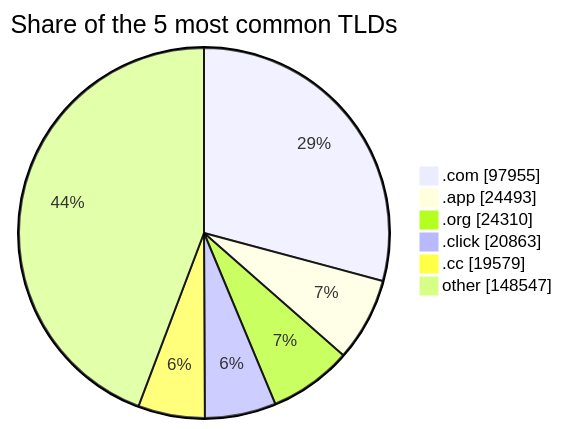
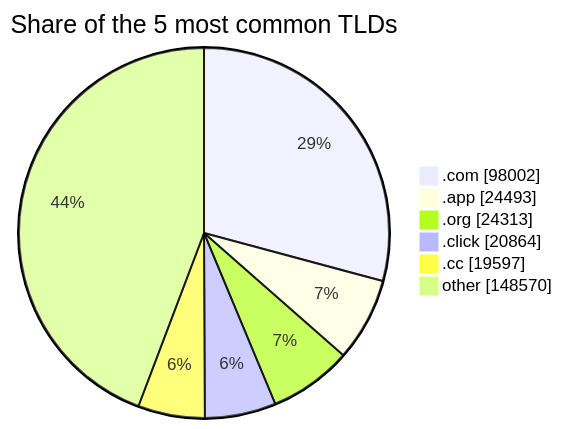
The third of 3 diagrams in README.md (DNSBunker/CTI), drawn with Mermaid before and after one commit. The commit also changed other lines of this file and 3 other files, not shown here.

````diff
--- a/README.md
+++ b/README.md
@@ -81,9 +81,9 @@
 ```mermaid
 pie showData title Share of the 5 most common TLDs
-    ".com" : 97955
+    ".com" : 98002
     ".app" : 24493
-    ".org" : 24310
-    ".click" : 20863
-    ".cc" : 19579
-    "other" : 148547
+    ".org" : 24313
+    ".click" : 20864
+    ".cc" : 19597
+    "other" : 148570
 ```
````
